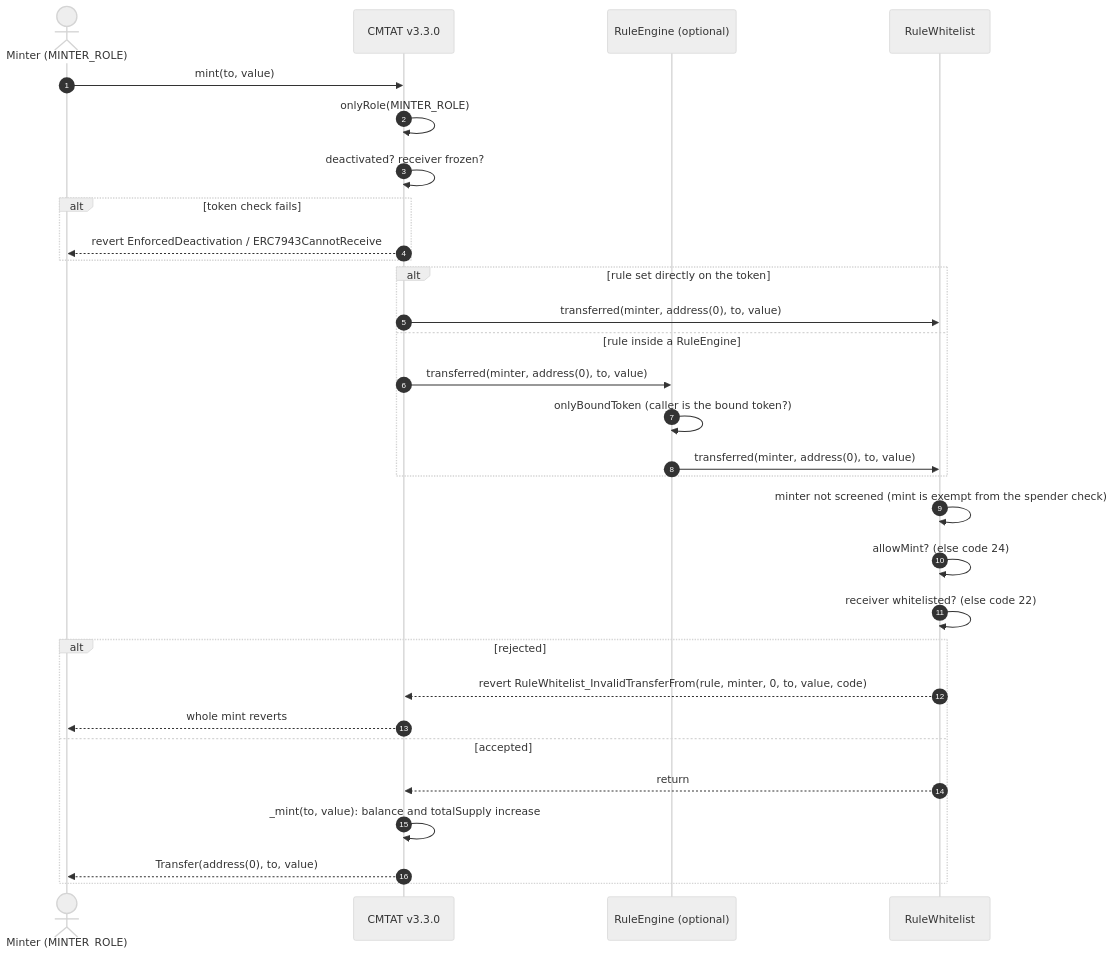
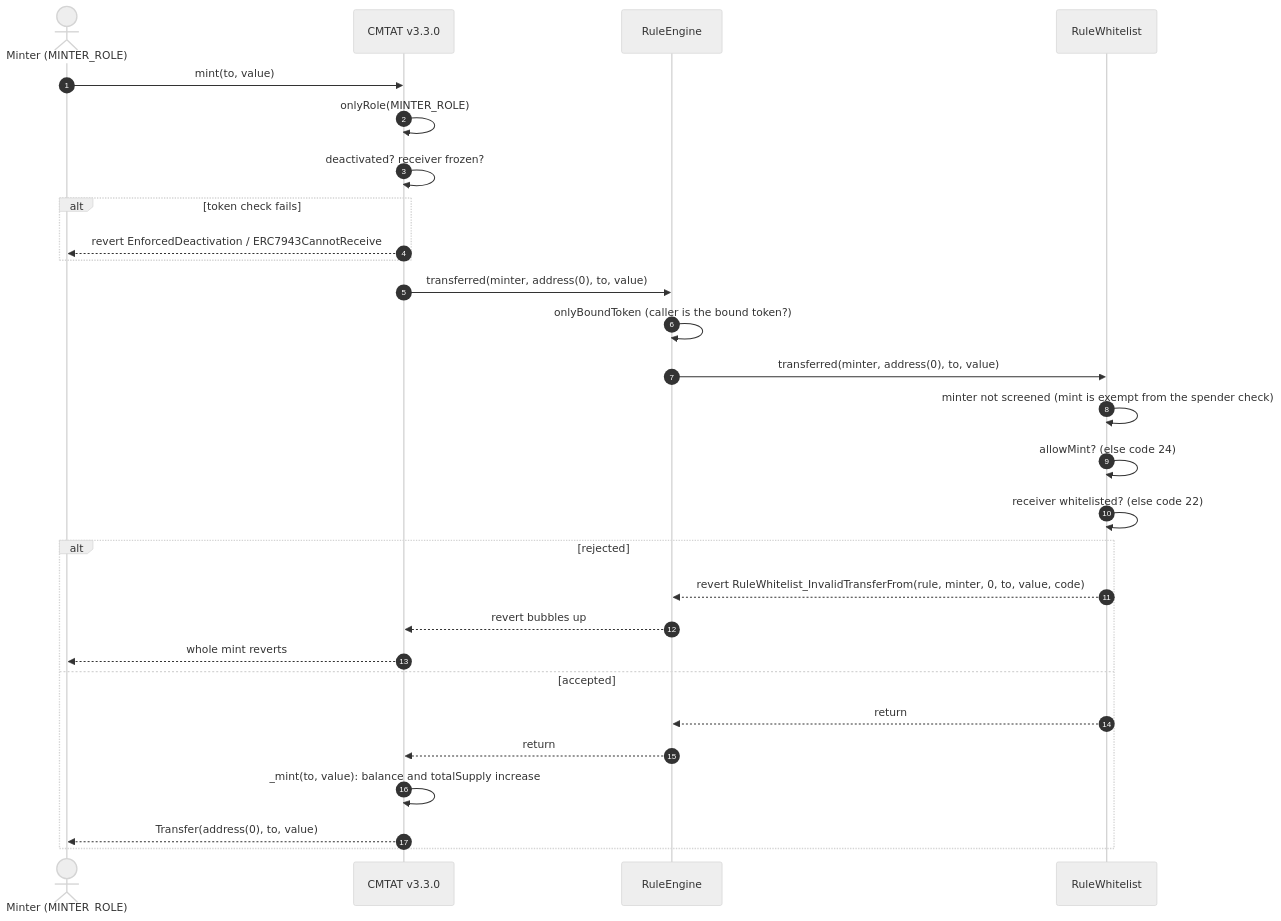
Before and after one commit to CMTA/Rules: the second of 4 diagrams in doc/technical/guides/DEPLOY_RULE_WHITELIST_CMTAT_V3.3.0.md, drawn with Mermaid (neutral theme). The commit also changed other lines of this file and 18 other files, not shown here.

Commit message:
docs: split the RuleWhitelist mint and transfer diagrams into rule-on-token and RuleEngine versions, and explain the Schema diagrams on each contract page

````diff
--- a/doc/technical/guides/DEPLOY_RULE_WHITELIST_CMTAT_V3.3.0.md
+++ b/doc/technical/guides/DEPLOY_RULE_WHITELIST_CMTAT_V3.3.0.md
@@ -132,33 +168,31 @@
 ```mermaid
 sequenceDiagram
     autonumber
     actor Minter as Minter (MINTER_ROLE)
     participant Token as CMTAT v3.3.0
-    participant Engine as RuleEngine (optional)
+    participant Engine as RuleEngine
     participant Rule as RuleWhitelist
 
     Minter->>Token: mint(to, value)
     Token->>Token: onlyRole(MINTER_ROLE)
     Token->>Token: deactivated? receiver frozen?
     alt token check fails
         Token-->>Minter: revert EnforcedDeactivation / ERC7943CannotReceive
     end
-    alt rule set directly on the token
-        Token->>Rule: transferred(minter, address(0), to, value)
-    else rule inside a RuleEngine
-        Token->>Engine: transferred(minter, address(0), to, value)
-        Engine->>Engine: onlyBoundToken (caller is the bound token?)
-        Engine->>Rule: transferred(minter, address(0), to, value)
-    end
+    Token->>Engine: transferred(minter, address(0), to, value)
+    Engine->>Engine: onlyBoundToken (caller is the bound token?)
+    Engine->>Rule: transferred(minter, address(0), to, value)
     Rule->>Rule: minter not screened (mint is exempt from the spender check)
     Rule->>Rule: allowMint? (else code 24)
     Rule->>Rule: receiver whitelisted? (else code 22)
     alt rejected
-        Rule-->>Token: revert RuleWhitelist_InvalidTransferFrom(rule, minter, 0, to, value, code)
+        Rule-->>Engine: revert RuleWhitelist_InvalidTransferFrom(rule, minter, 0, to, value, code)
+        Engine-->>Token: revert bubbles up
         Token-->>Minter: whole mint reverts
     else accepted
-        Rule-->>Token: return
+        Rule-->>Engine: return
+        Engine-->>Token: return
         Token->>Token: _mint(to, value): balance and totalSupply increase
         Token-->>Minter: Transfer(address(0), to, value)
     end
 ```
````
